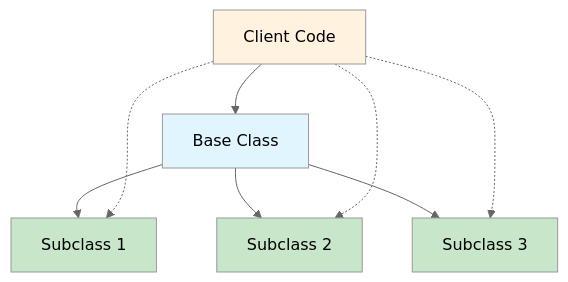
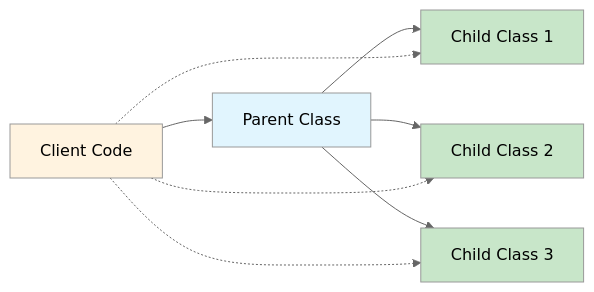
Before and after one commit to manish0502/SOLID-Principles: the diagram in Liskov_substitution_principle/README.md, drawn with Mermaid (neutral theme). The commit also changed other lines of this file, not shown here.

````diff
--- a/Liskov_substitution_principle/README.md
+++ b/Liskov_substitution_principle/README.md
@@ -30,17 +13,17 @@
 ```mermaid
-graph TD
-    A[Base Class] --> B[Subclass 1]
-    A --> C[Subclass 2]
-    A --> D[Subclass 3]
+graph LR
+    A[Parent Class] --> B[Child Class 1]
+    A --> C[Child Class 2]
+    A --> D[Child Class 3]
     
     E[Client Code] --> A
     E -.-> B
     E -.-> C
     E -.-> D
     
     style A fill:#e1f5fe
     style B fill:#c8e6c9
     style C fill:#c8e6c9
     style D fill:#c8e6c9
     style E fill:#fff3e0
 ```
````
